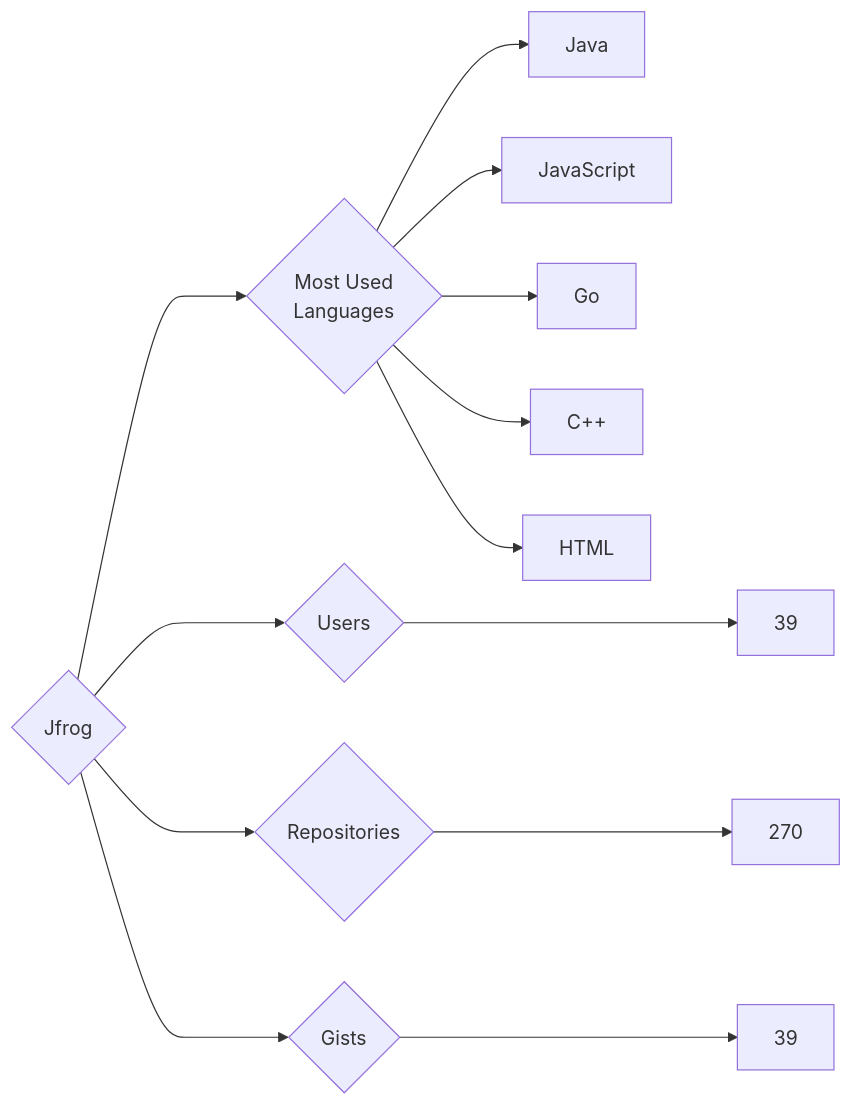
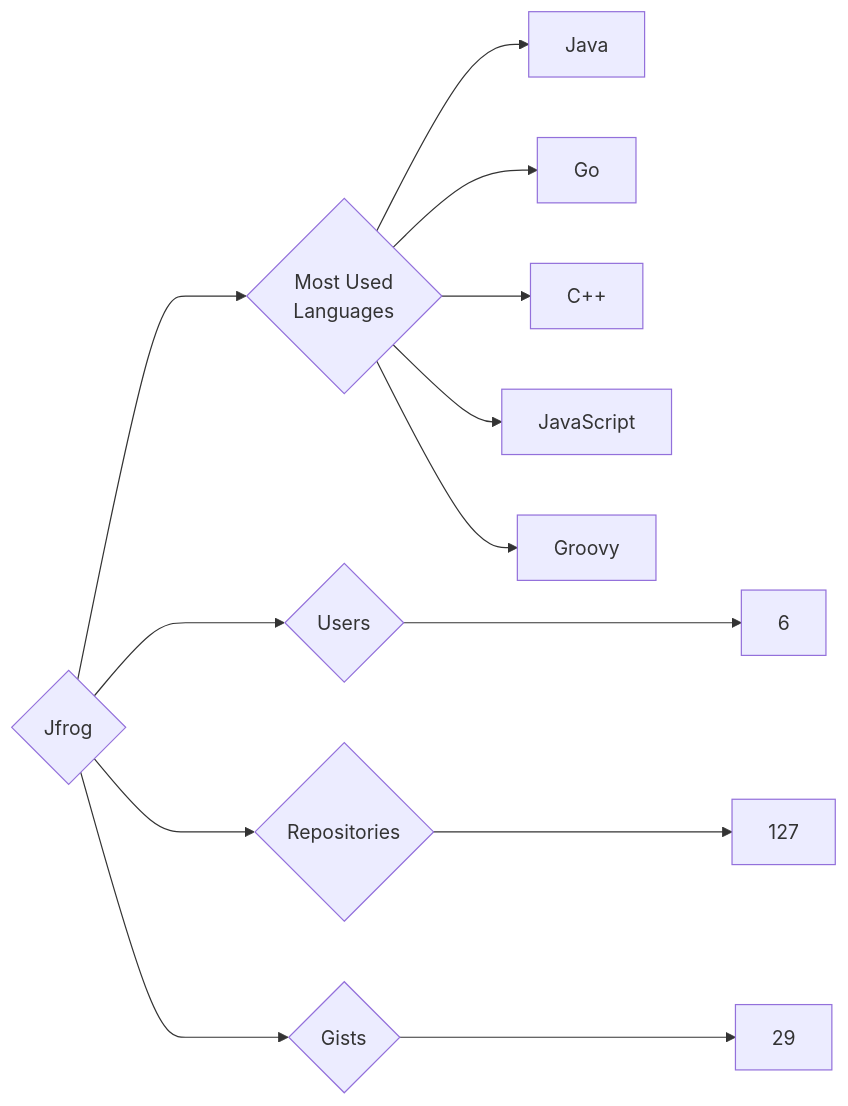
The diagram in targets/Jfrog/README.md (trickest/insiders), drawn with Mermaid before and after one commit. The commit also changed 932 other files, not shown here.

````diff
--- a/targets/Jfrog/README.md
+++ b/targets/Jfrog/README.md
@@ -3,13 +3,13 @@
 ```mermaid
 graph LR
 COMPANY_NAME{Jfrog}
-COMPANY_NAME ---> U{Users} ---> UN[39]
-COMPANY_NAME ---> R{Repositories} ---> RN[270]
-COMPANY_NAME ---> G{Gists} ---> GN[39]
+COMPANY_NAME ---> U{Users} ---> UN[6]
+COMPANY_NAME ---> R{Repositories} ---> RN[127]
+COMPANY_NAME ---> G{Gists} ---> GN[29]
 COMPANY_NAME ---> ML{Most Used<br>Languages}
 ML --> Java[Java]
-ML --> JavaScript[JavaScript]
 ML --> Go[Go]
 ML --> C++[C++]
-ML --> HTML[HTML]
+ML --> JavaScript[JavaScript]
+ML --> Groovy[Groovy]
 ```
````
